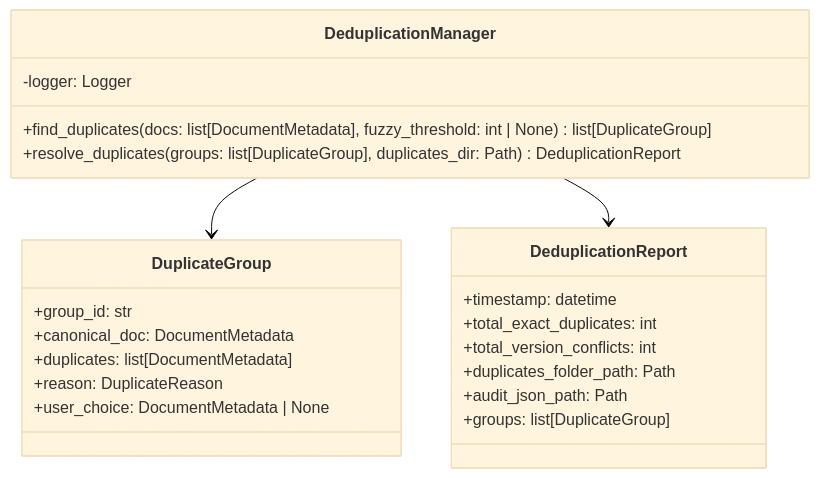
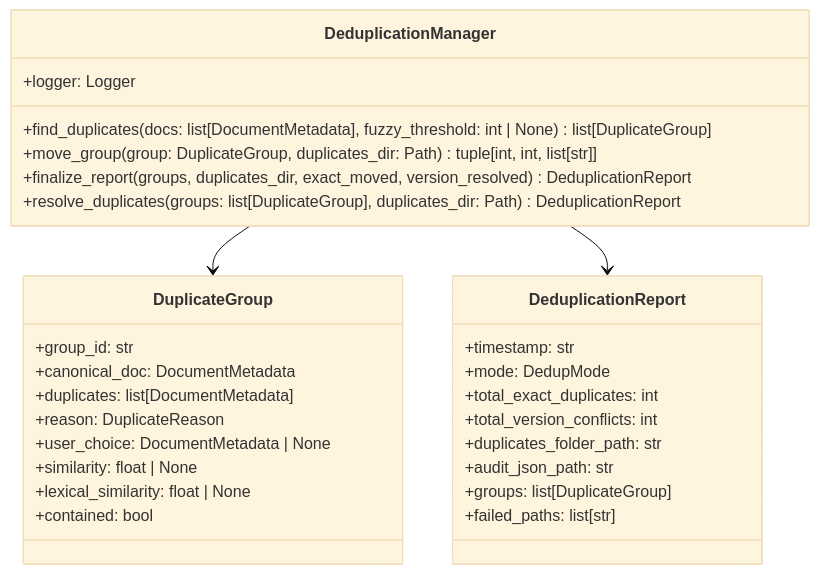
Before and after one commit to fmanza/doc_organize: the diagram in docs/api/dedup.md, drawn with Mermaid (base theme). The commit also changed other lines of this file and 57 other files, not shown here.

````diff
--- a/docs/api/dedup.md
+++ b/docs/api/dedup.md
@@ -7,28 +7,35 @@
 ```mermaid
 classDiagram
     class DeduplicationManager {
-        -logger: Logger
+        +logger: Logger
         +find_duplicates(docs: list[DocumentMetadata], fuzzy_threshold: int | None) list[DuplicateGroup]
+        +move_group(group: DuplicateGroup, duplicates_dir: Path) tuple[int, int, list[str]]
+        +finalize_report(groups, duplicates_dir, exact_moved, version_resolved) DeduplicationReport
         +resolve_duplicates(groups: list[DuplicateGroup], duplicates_dir: Path) DeduplicationReport
     }
     
     class DuplicateGroup {
         +group_id: str
         +canonical_doc: DocumentMetadata
         +duplicates: list[DocumentMetadata]
         +reason: DuplicateReason
         +user_choice: DocumentMetadata | None
+        +similarity: float | None
+        +lexical_similarity: float | None
+        +contained: bool
     }
     
     class DeduplicationReport {
-        +timestamp: datetime
+        +timestamp: str
+        +mode: DedupMode
         +total_exact_duplicates: int
         +total_version_conflicts: int
-        +duplicates_folder_path: Path
-        +audit_json_path: Path
+        +duplicates_folder_path: str
+        +audit_json_path: str
         +groups: list[DuplicateGroup]
+        +failed_paths: list[str]
     }
     
     DeduplicationManager --> DuplicateGroup
     DeduplicationManager --> DeduplicationReport
 ```
````
